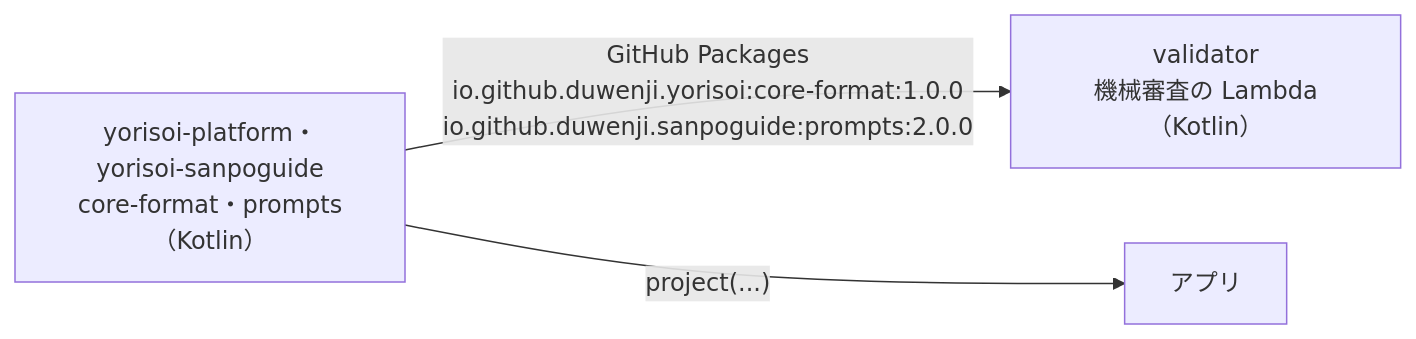
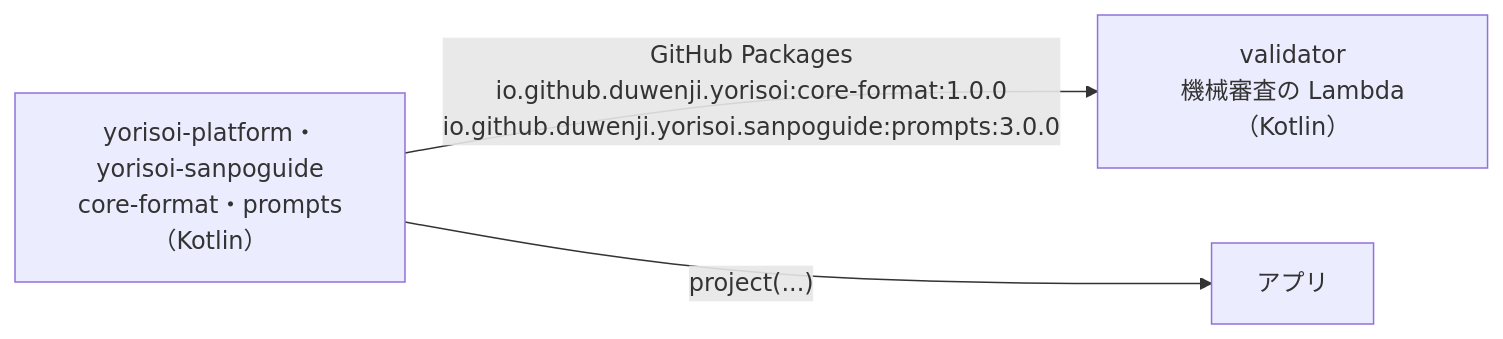
Before and after one commit to duwenji/yorisoi-tutorial: the first of 2 diagrams in 08-aws/08-kotlin-lambda.md, drawn with Mermaid. The commit also changed other lines of this file and 34 other files, not shown here.

First line of the commit message:
docs: SanpoGuide の識別子 io.github.duwenji.yorisoi.sanpoguide に追従する

````diff
--- a/08-aws/08-kotlin-lambda.md
+++ b/08-aws/08-kotlin-lambda.md
@@ -19,5 +19,5 @@
 ```mermaid
 flowchart LR
-    SG["yorisoi-platform・yorisoi-sanpoguide<br/>core-format・prompts（Kotlin）"] -->|"GitHub Packages<br/>io.github.duwenji.yorisoi:core-format:1.0.0<br/>io.github.duwenji.sanpoguide:prompts:2.0.0"| V["validator<br/>機械審査の Lambda（Kotlin）"]
+    SG["yorisoi-platform・yorisoi-sanpoguide<br/>core-format・prompts（Kotlin）"] -->|"GitHub Packages<br/>io.github.duwenji.yorisoi:core-format:1.0.0<br/>io.github.duwenji.yorisoi.sanpoguide:prompts:3.0.0"| V["validator<br/>機械審査の Lambda（Kotlin）"]
     SG -->|"project(...)"| APP["アプリ"]
 ```
````
